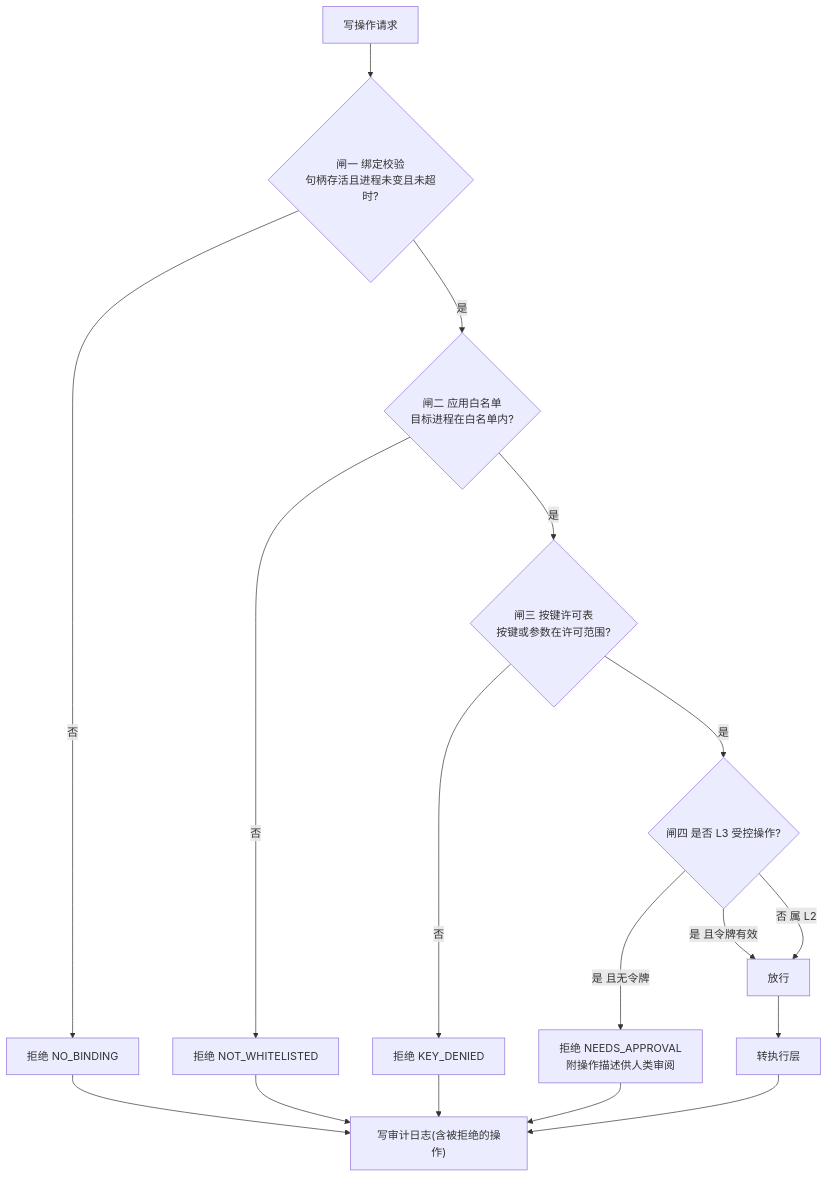
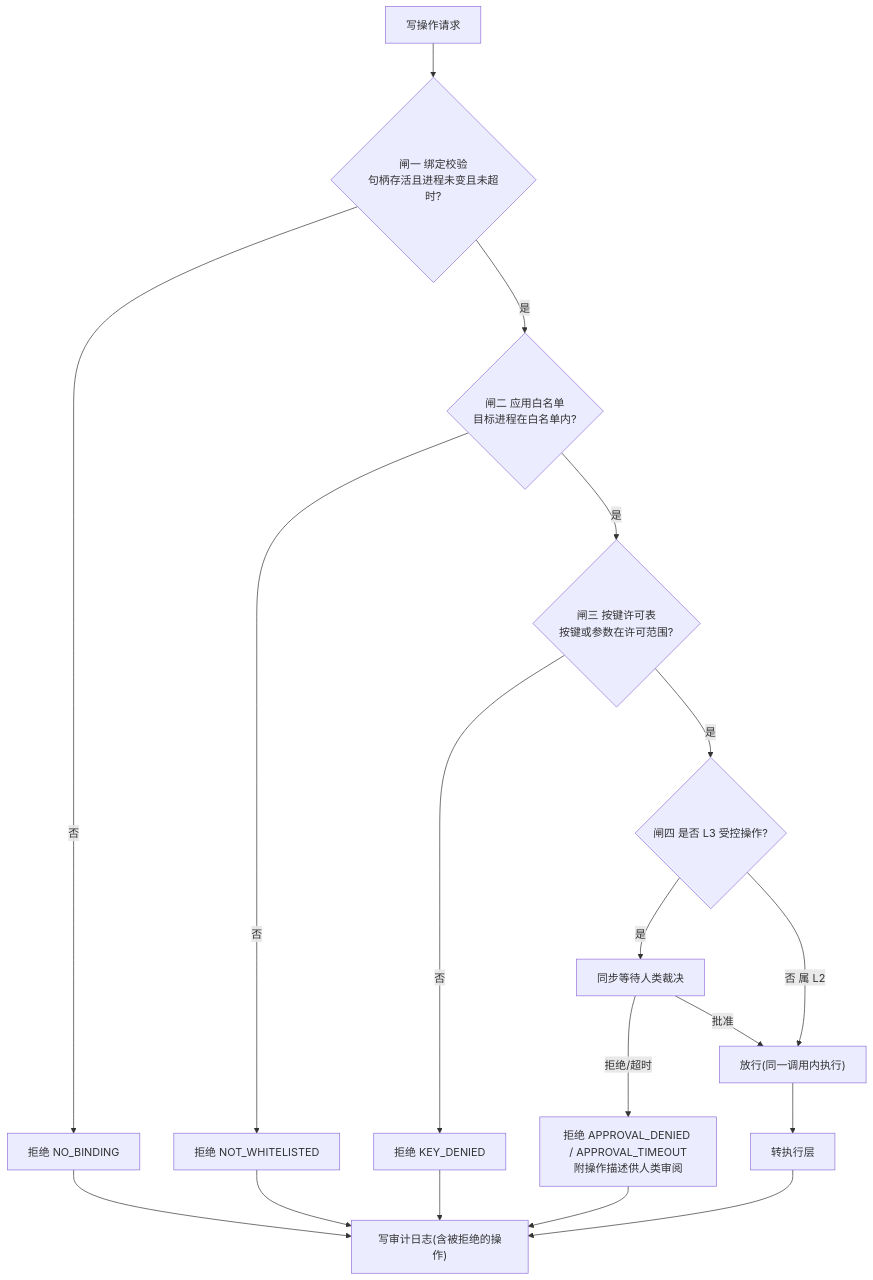
Before and after one commit to Ddfang-sdf/deskpilot: the fourth of 10 diagrams in docs/功能设计说明书.md, drawn with Mermaid. The commit also changed other lines of this file and 26 other files, not shown here.

````diff
--- a/docs/功能设计说明书.md
+++ b/docs/功能设计说明书.md
@@ -189,19 +189,20 @@
 ```mermaid
 flowchart TD
     Req["写操作请求"] --> G1{"闸一 绑定校验<br/>句柄存活且进程未变且未超时?"}
     G1 -->|"否"| D1["拒绝 NO_BINDING"]
     G1 -->|"是"| G2{"闸二 应用白名单<br/>目标进程在白名单内?"}
     G2 -->|"否"| D2["拒绝 NOT_WHITELISTED"]
     G2 -->|"是"| G3{"闸三 按键许可表<br/>按键或参数在许可范围?"}
     G3 -->|"否"| D3["拒绝 KEY_DENIED"]
     G3 -->|"是"| G4{"闸四 是否 L3 受控操作?"}
-    G4 -->|"是 且无令牌"| D4["拒绝 NEEDS_APPROVAL<br/>附操作描述供人类审阅"]
-    G4 -->|"是 且令牌有效"| Pass["放行"]
+    G4 -->|"是"| U4["同步等待人类裁决"]
+    U4 -->|"批准"| Pass["放行(同一调用内执行)"]
+    U4 -->|"拒绝/超时"| D4["拒绝 APPROVAL_DENIED / APPROVAL_TIMEOUT<br/>附操作描述供人类审阅"]
     G4 -->|"否 属 L2"| Pass
     Pass --> Exec["转执行层"]
     D1 --> Aud["写审计日志(含被拒绝的操作)"]
     D2 --> Aud
     D3 --> Aud
     D4 --> Aud
     Exec --> Aud
 ```
````
